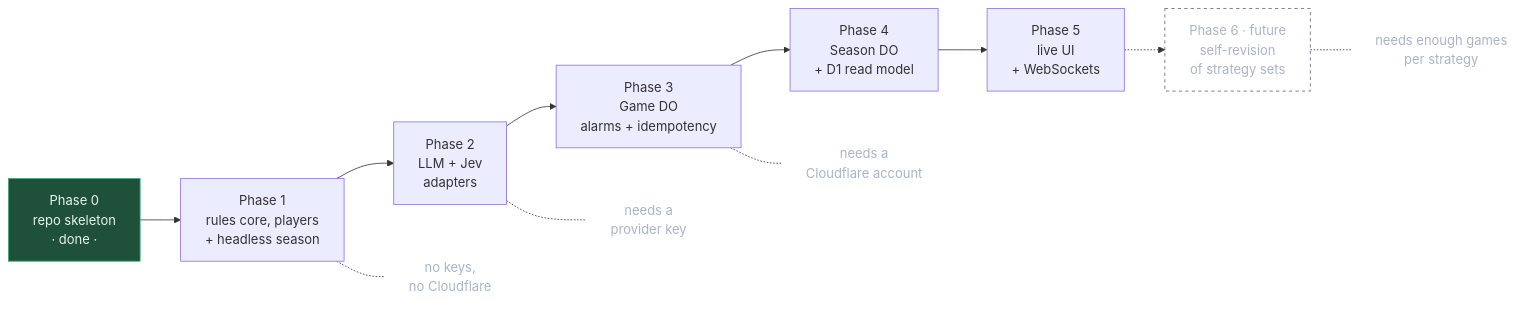
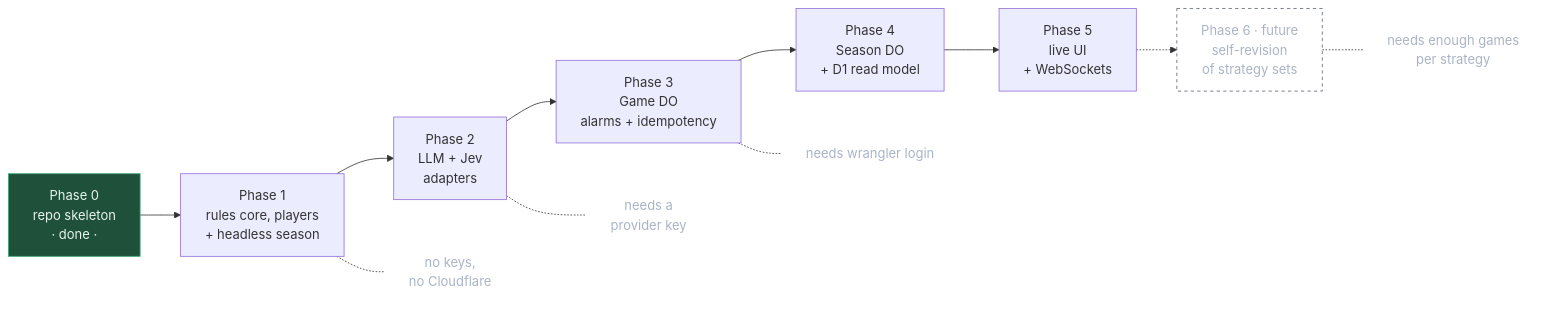
The third of 3 diagrams in PLAN.md (OriginalByteMe/system-one-chess-arena), drawn with Mermaid before and after one commit. The commit also changed other lines of this file and 80 other files, not shown here.

````diff
--- a/PLAN.md
+++ b/PLAN.md
@@ -116,19 +184,19 @@
 ```mermaid
 flowchart LR
   P0["Phase 0<br/>repo skeleton<br/>· done ·"] --> P1["Phase 1<br/>rules core, players<br/>+ headless season"]
   P1 --> P2["Phase 2<br/>LLM + Jev<br/>adapters"]
   P2 --> P3["Phase 3<br/>Game DO<br/>alarms + idempotency"]
   P3 --> P4["Phase 4<br/>Season DO<br/>+ D1 read model"]
   P4 --> P5["Phase 5<br/>live UI<br/>+ WebSockets"]
   P5 -.-> P6["Phase 6 · future<br/>self-revision<br/>of strategy sets"]
   P1 -.- K1["no keys,<br/>no Cloudflare"]
   P2 -.- K2["needs a<br/>provider key"]
-  P3 -.- K3["needs a<br/>Cloudflare account"]
+  P3 -.- K3["needs wrangler login"]
   P6 -.- K6["needs enough games<br/>per strategy"]
   classDef done fill:#1f513a,stroke:#3ba776,color:#e8f5ee
   classDef note fill:none,stroke:none,color:#aab4c6
   classDef later fill:none,stroke:#5c6373,stroke-dasharray:4 4,color:#aab4c6
   class P0 done
   class K1,K2,K3,K6 note
   class P6 later
 ```
````
